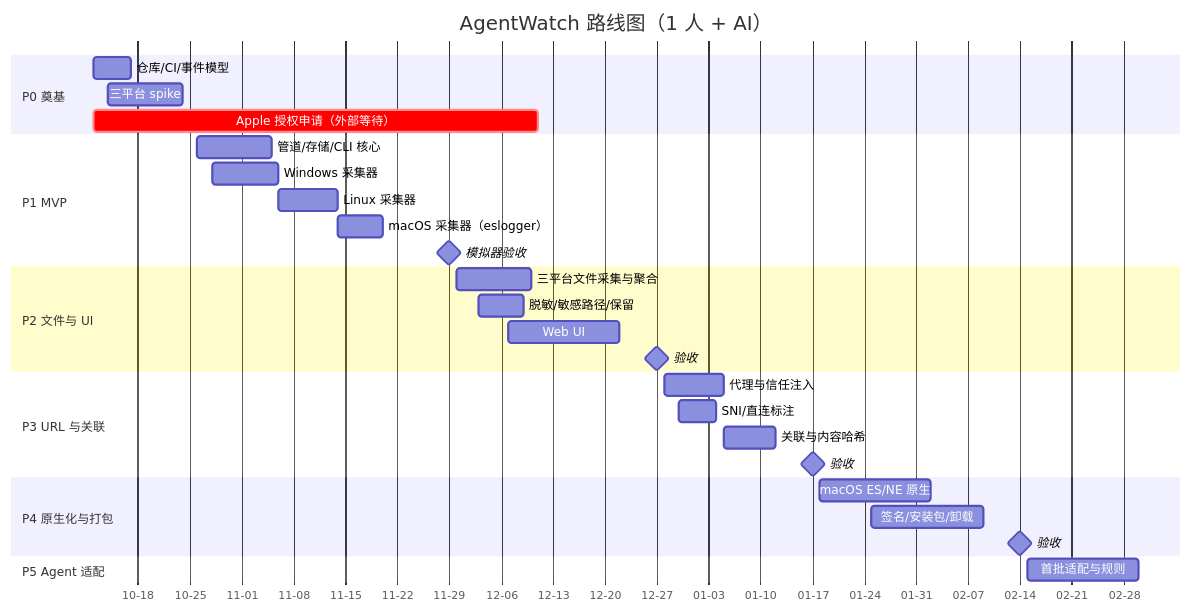
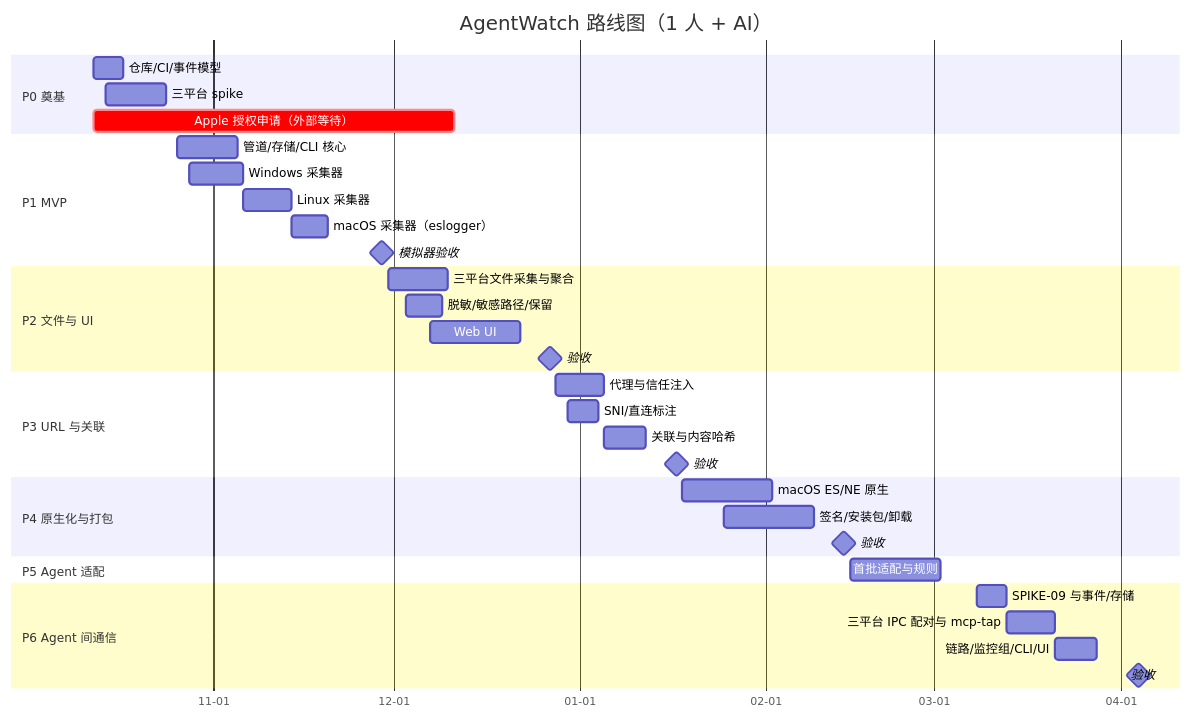
Before and after one commit to nicechencs/AgentWatch: the first of 2 diagrams in docs/04-plan/roadmap.md, drawn with Mermaid. The commit also changed other lines of this file and 30 other files, not shown here.

````diff
--- a/docs/04-plan/roadmap.md
+++ b/docs/04-plan/roadmap.md
@@ -22,38 +23,44 @@
 ```mermaid
 gantt
     title AgentWatch 路线图（1 人 + AI）
     dateFormat  YYYY-MM-DD
     axisFormat  %m-%d
 
     section P0 奠基
     仓库/CI/事件模型          :p0a, 2026-10-12, 5d
     三平台 spike               :p0b, 2026-10-14, 10d
     Apple 授权申请（外部等待） :crit, p0c, 2026-10-12, 60d
 
     section P1 MVP
     管道/存储/CLI 核心        :p1a, 2026-10-26, 10d
     Windows 采集器            :p1b, 2026-10-28, 9d
     Linux 采集器              :p1c, after p1b, 8d
     macOS 采集器（eslogger）  :p1d, after p1c, 6d
     模拟器验收                :milestone, m1, 2026-11-29, 0d
 
     section P2 文件与 UI
     三平台文件采集与聚合      :p2a, 2026-11-30, 10d
     脱敏/敏感路径/保留        :p2b, 2026-12-03, 6d
     Web UI                     :p2c, 2026-12-07, 15d
     验收                       :milestone, m2, 2026-12-27, 0d
 
     section P3 URL 与关联
     代理与信任注入            :p3a, 2026-12-28, 8d
     SNI/直连标注              :p3b, 2026-12-30, 5d
     关联与内容哈希            :p3c, after p3a, 7d
     验收                       :milestone, m3, 2027-01-17, 0d
 
     section P4 原生化与打包
     macOS ES/NE 原生          :p4a, 2027-01-18, 15d
     签名/安装包/卸载          :p4b, 2027-01-25, 15d
     验收                       :milestone, m4, 2027-02-14, 0d
 
     section P5 Agent 适配
     首批适配与规则            :p5a, 2027-02-15, 15d
+
+    section P6 Agent 间通信
+    SPIKE-09 与事件/存储      :p6a, 2027-03-08, 5d
+    三平台 IPC 配对与 mcp-tap :p6b, after p6a, 8d
+    链路/监控组/CLI/UI        :p6c, after p6b, 7d
+    验收                       :milestone, m6, 2027-04-04, 0d
 ```
````
